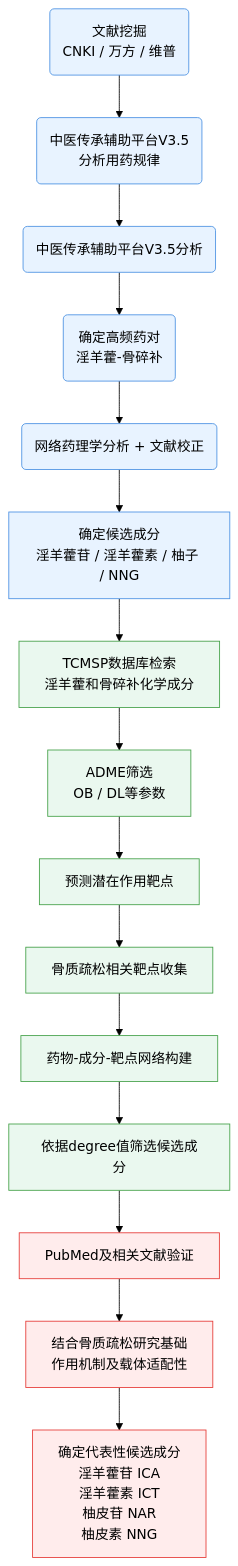
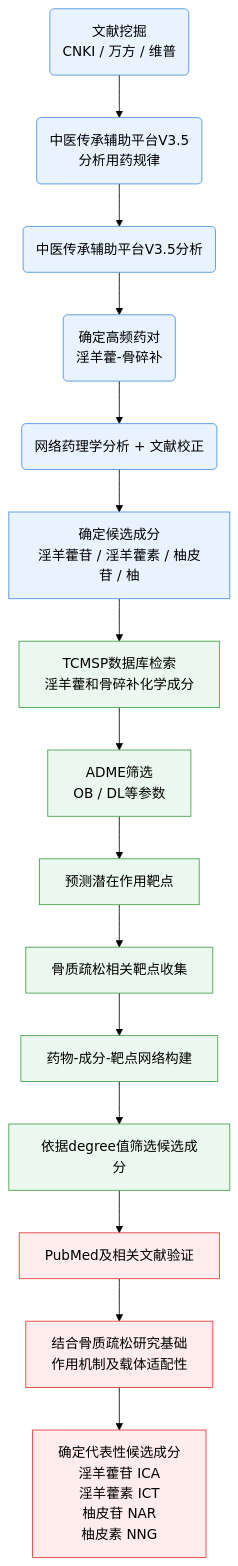
The diagram in all/未命名-1.md (Yaotian99/iodraw-files), drawn with Mermaid (forest theme) before and after one commit.

Commit message:
2026-06-24 08:59:46 update

````diff
--- a/all/未命名-1.md
+++ b/all/未命名-1.md
@@ -1,29 +1,29 @@
 ```mermaid
 graph TD
 
 A1(文献挖掘<br/>CNKI / 万方 / 维普) --> A2(中医传承辅助平台V3.5<br/>分析用药规律)
 A2 --> A3(中医传承辅助平台V3.5分析)
 A3 --> A4(确定高频药对<br/>淫羊藿-骨碎补)
 A4 --> A5(网络药理学分析 + 文献校正)
-A5 --> A6[确定候选成分<br/>淫羊藿苷 / 淫羊藿素 / 柚子 / NNG]
+A5 --> A6[确定候选成分<br/>淫羊藿苷 / 淫羊藿素 / 柚皮苷 / 柚]
 
 A6 --> B1[TCMSP数据库检索<br/>淫羊藿和骨碎补化学成分]
 B1 --> B2[ADME筛选<br/>OB / DL等参数]
 B2 --> B3[预测潜在作用靶点]
 B3 --> B4[骨质疏松相关靶点收集]
 B4 --> B5[药物-成分-靶点网络构建]
 B5 --> B6[依据degree值筛选候选成分]
 
 B6 --> C1[PubMed及相关文献验证]
 C1 --> C2[结合骨质疏松研究基础<br/>作用机制及载体适配性]
 C2 --> C3[确定代表性候选成分<br/>淫羊藿苷 ICA<br/>淫羊藿素 ICT<br/>柚皮苷 NAR<br/>柚皮素 NNG]
 
 classDef basis fill:#E8F3FF,stroke:#4A90E2,stroke-width:1px,color:#000;
 classDef network fill:#EAF8EF,stroke:#43A047,stroke-width:1px,color:#000;
 classDef result fill:#FFECEC,stroke:#E53935,stroke-width:1px,color:#000;
 
 class A1,A2,A3,A4,A5,A6 basis;
 class B1,B2,B3,B4,B5,B6 network;
 class C1,C2,C3 result;
   
 ```
````
